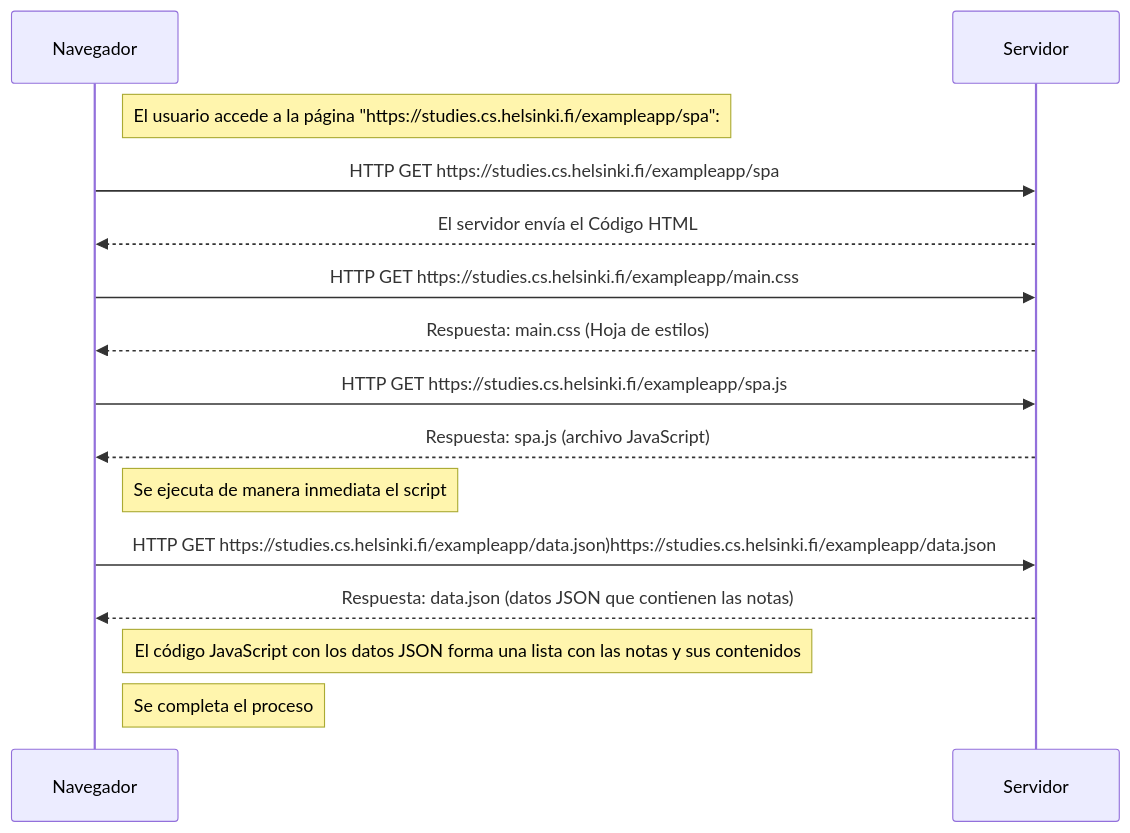
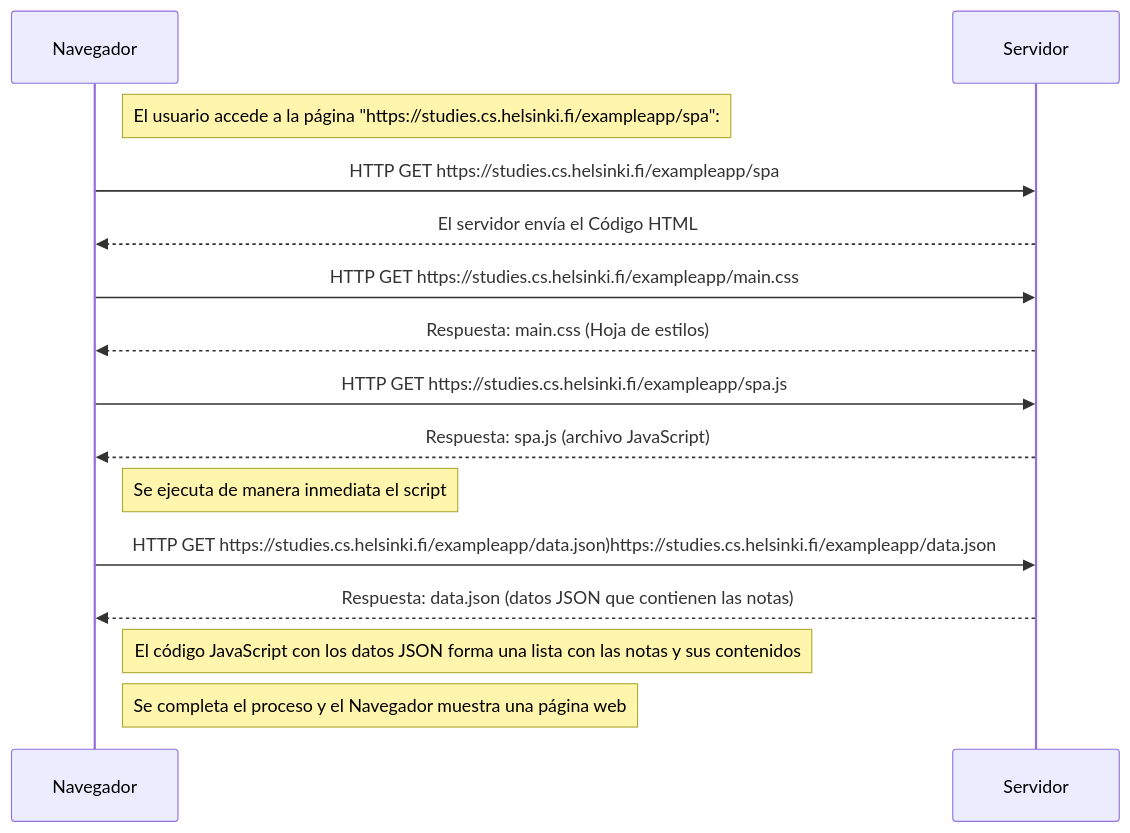
The diagram in Part-0/05-Diagrama-app-una-sola-pagina.md (estebanrcr/FullStackOpen), drawn with Mermaid before and after one commit.

````diff
--- a/Part-0/05-Diagrama-app-una-sola-pagina.md
+++ b/Part-0/05-Diagrama-app-una-sola-pagina.md
@@ -1,22 +1,22 @@
 ```mermaid
 sequenceDiagram
 Participant Navegador
 Participant Servidor
 
 Note right of Navegador: El usuario accede a la página "https://studies.cs.helsinki.fi/exampleapp/spa":
 Navegador ->>  Servidor: HTTP GET https://studies.cs.helsinki.fi/exampleapp/spa
 Servidor -->> Navegador: El servidor envía el Código HTML
 Navegador ->>  Servidor: HTTP GET https://studies.cs.helsinki.fi/exampleapp/main.css
 Servidor -->> Navegador: Respuesta: main.css (Hoja de estilos)
 Navegador ->>  Servidor:  HTTP GET https://studies.cs.helsinki.fi/exampleapp/spa.js
 Servidor -->> Navegador: Respuesta: spa.js (archivo JavaScript)
 Note right of Navegador: Se ejecuta de manera inmediata el script
 
 Navegador ->>  Servidor: HTTP GET https://studies.cs.helsinki.fi/exampleapp/data.json)https://studies.cs.helsinki.fi/exampleapp/data.json
 Servidor -->> Navegador: Respuesta: data.json (datos JSON que contienen las notas)
 Note right of Navegador: El código JavaScript con los datos JSON forma una lista con las notas y sus contenidos
 
 
-Note right of Navegador: Se completa el proceso
+Note right of Navegador: Se completa el proceso y el Navegador muestra una página web
 
 ```
````
